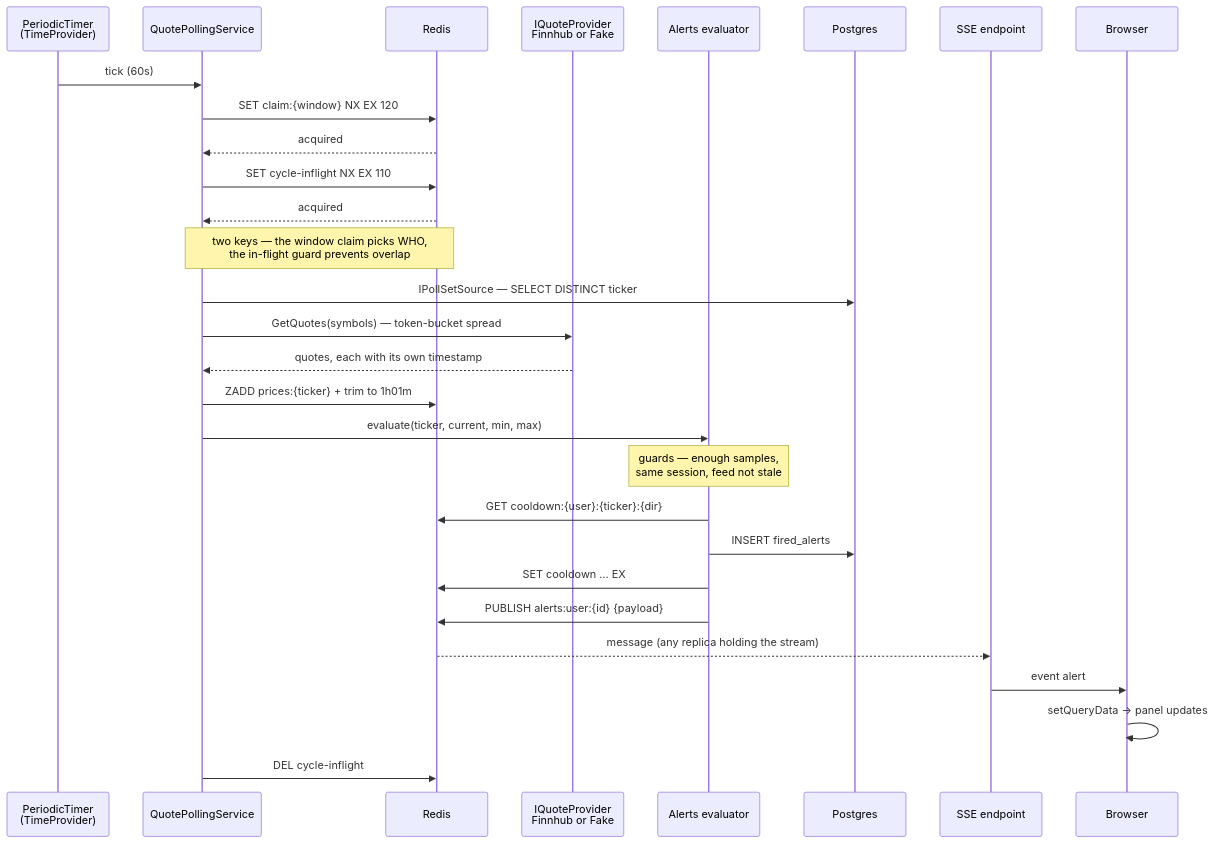
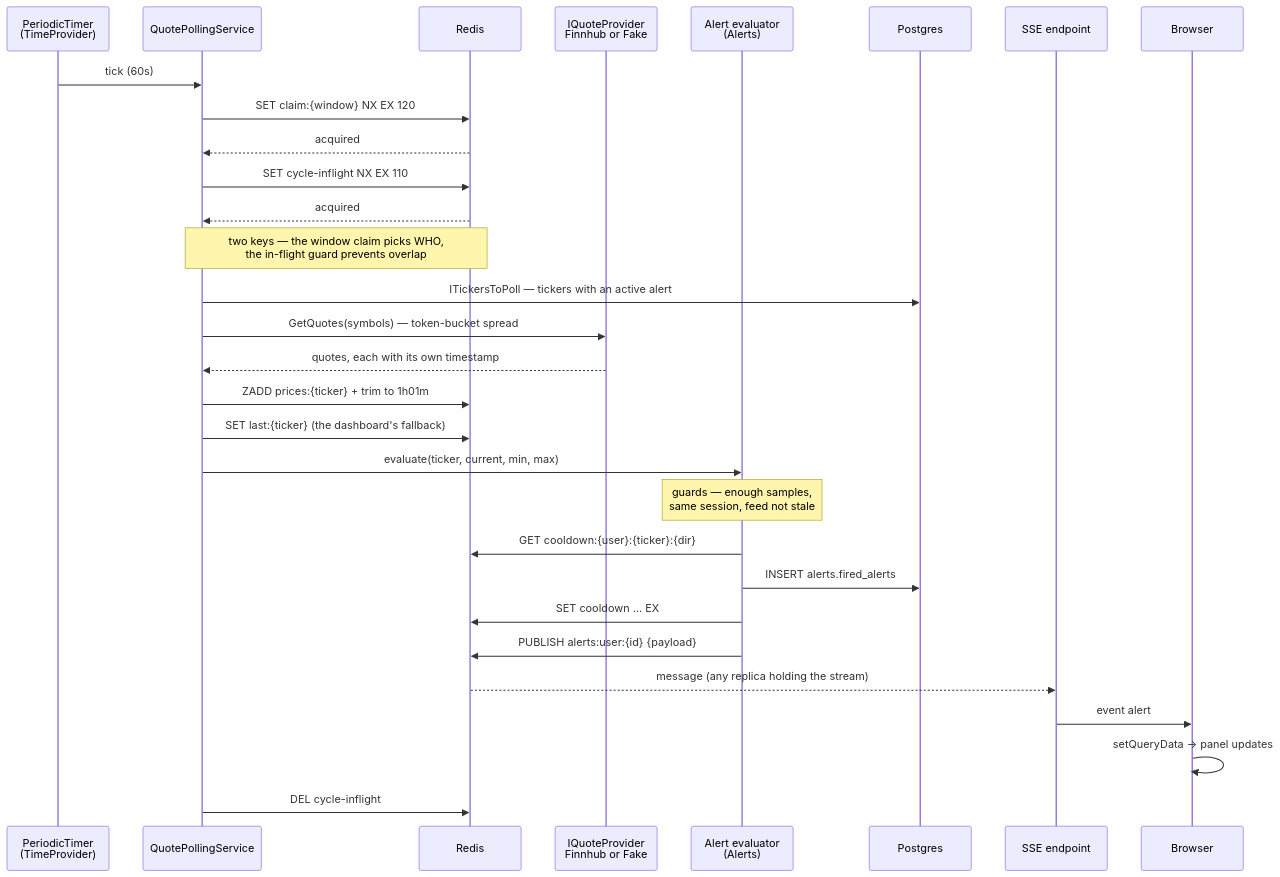
One commit to Dilicidum/StockPortfolio changed the second of 4 diagrams in docs/plan/module-interactions.md. Above: the diagram before and after it, drawn with Mermaid. The commit also changed other lines of this file and 97 other files, not shown here.

````diff
--- a/docs/plan/module-interactions.md
+++ b/docs/plan/module-interactions.md
@@ -87,36 +106,37 @@
 ```mermaid
 sequenceDiagram
     participant T as PeriodicTimer<br/>(TimeProvider)
     participant P as QuotePollingService
     participant R as Redis
     participant F as IQuoteProvider<br/>Finnhub or Fake
-    participant E as Alerts evaluator
+    participant E as Alert evaluator<br/>(Alerts)
     participant DB as Postgres
     participant S as SSE endpoint
     participant B as Browser
 
     T->>P: tick (60s)
     P->>R: SET claim:{window} NX EX 120
     R-->>P: acquired
     P->>R: SET cycle-inflight NX EX 110
     R-->>P: acquired
     Note over P,R: two keys — the window claim picks WHO,<br/>the in-flight guard prevents overlap
 
-    P->>DB: IPollSetSource — SELECT DISTINCT ticker
+    P->>DB: ITickersToPoll — tickers with an active alert
     P->>F: GetQuotes(symbols) — token-bucket spread
     F-->>P: quotes, each with its own timestamp
     P->>R: ZADD prices:{ticker} + trim to 1h01m
+    P->>R: SET last:{ticker} (the dashboard's fallback)
 
     P->>E: evaluate(ticker, current, min, max)
     Note over E: guards — enough samples,<br/>same session, feed not stale
     E->>R: GET cooldown:{user}:{ticker}:{dir}
-    E->>DB: INSERT fired_alerts
+    E->>DB: INSERT alerts.fired_alerts
     E->>R: SET cooldown … EX
     E->>R: PUBLISH alerts:user:{id} {payload}
 
     R-->>S: message (any replica holding the stream)
     S->>B: event alert
     B->>B: setQueryData → panel updates
 
     P->>R: DEL cycle-inflight
 ```
````
